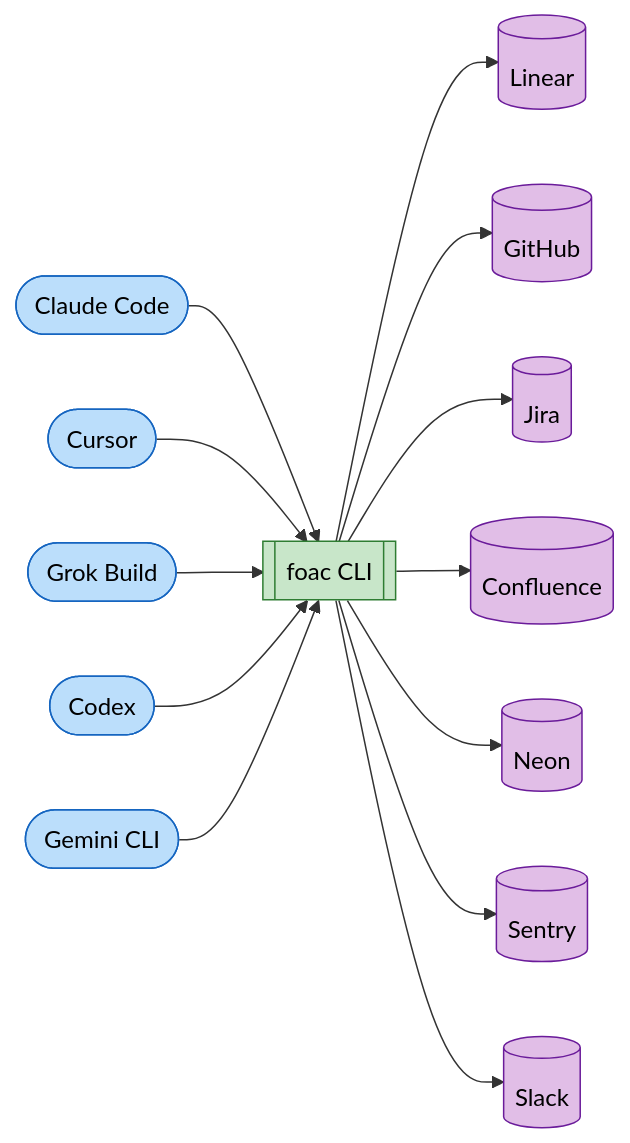
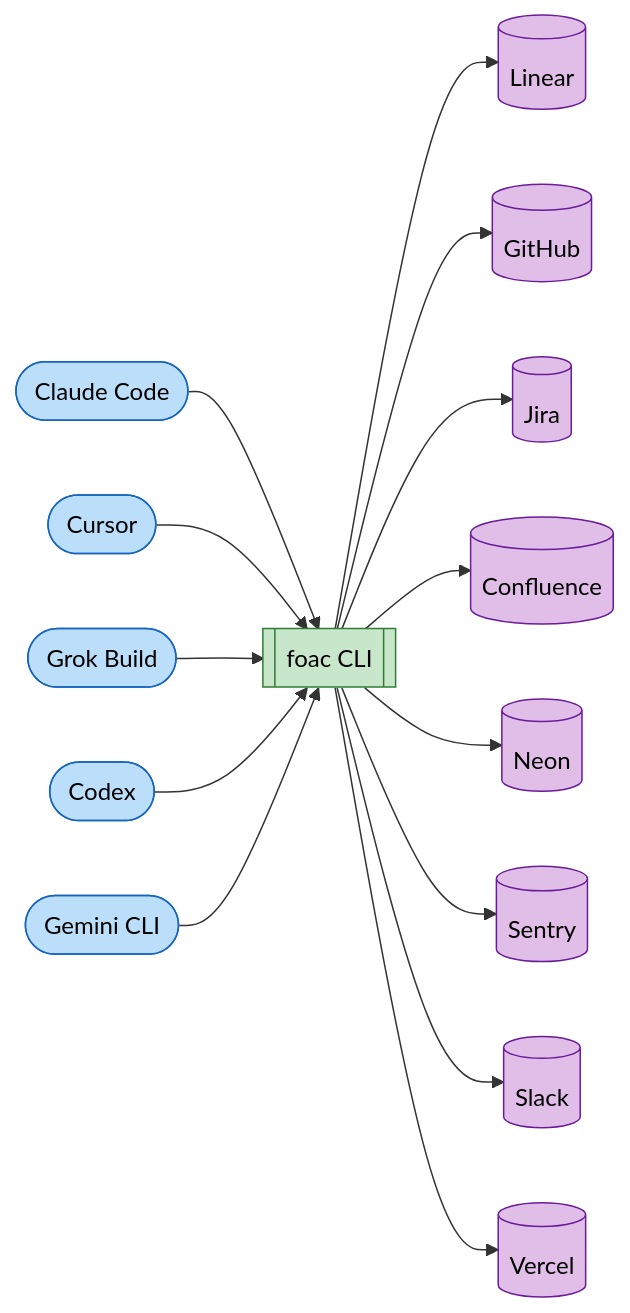
The second of 2 diagrams in README.md (alephic-ai/foac), drawn with Mermaid before and after one commit. The commit also changed other lines of this file and 12 other files, not shown here.

First line of the commit message:
feat: add Vercel provider (#95)

````diff
--- a/README.md
+++ b/README.md
@@ -50,15 +51,15 @@
 ```mermaid
 graph LR
     CC([Claude Code]) --> F
     CU([Cursor]) --> F
     GRK([Grok Build]) --> F
     CX([Codex]) --> F
     GEM([Gemini CLI]) --> F[[foac CLI]]
-    F --> Linear[(Linear)] & GitHub[(GitHub)] & Jira[(Jira)] & Confluence[(Confluence)] & Neon[(Neon)] & Sentry[(Sentry)] & Slack[(Slack)]
+    F --> Linear[(Linear)] & GitHub[(GitHub)] & Jira[(Jira)] & Confluence[(Confluence)] & Neon[(Neon)] & Sentry[(Sentry)] & Slack[(Slack)] & Vercel[(Vercel)]
     classDef harness fill:#bbdefb,stroke:#1565c0,color:#000
     classDef cli fill:#c8e6c9,stroke:#2e7d32,color:#000
     classDef provider fill:#e1bee7,stroke:#6a1b9a,color:#000
     class CC,CU,GRK,CX,GEM harness
     class F cli
-    class Linear,GitHub,Jira,Confluence,Neon,Sentry,Slack provider
+    class Linear,GitHub,Jira,Confluence,Neon,Sentry,Slack,Vercel provider
 ```
````
